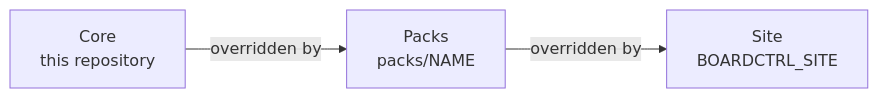
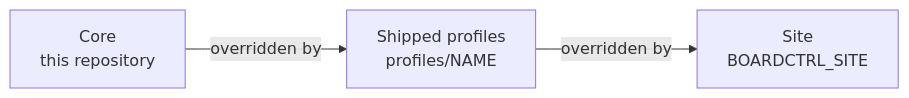
The fourth of 4 diagrams in docs/architecture.md (rzbdz/boardctrl), drawn with Mermaid before and after one commit. The commit also changed other lines of this file and 35 other files, not shown here.

````diff
--- a/docs/architecture.md
+++ b/docs/architecture.md
@@ -145,4 +145,4 @@
 ```mermaid
 flowchart LR
-  core["Core<br/>this repository"] -- "overridden by" --> packs["Packs<br/>packs/NAME"] -- "overridden by" --> site["Site<br/>BOARDCTRL_SITE"]
+  core["Core<br/>this repository"] -- "overridden by" --> packs["Shipped profiles<br/>profiles/NAME"] -- "overridden by" --> site["Site<br/>BOARDCTRL_SITE"]
 ```
````
